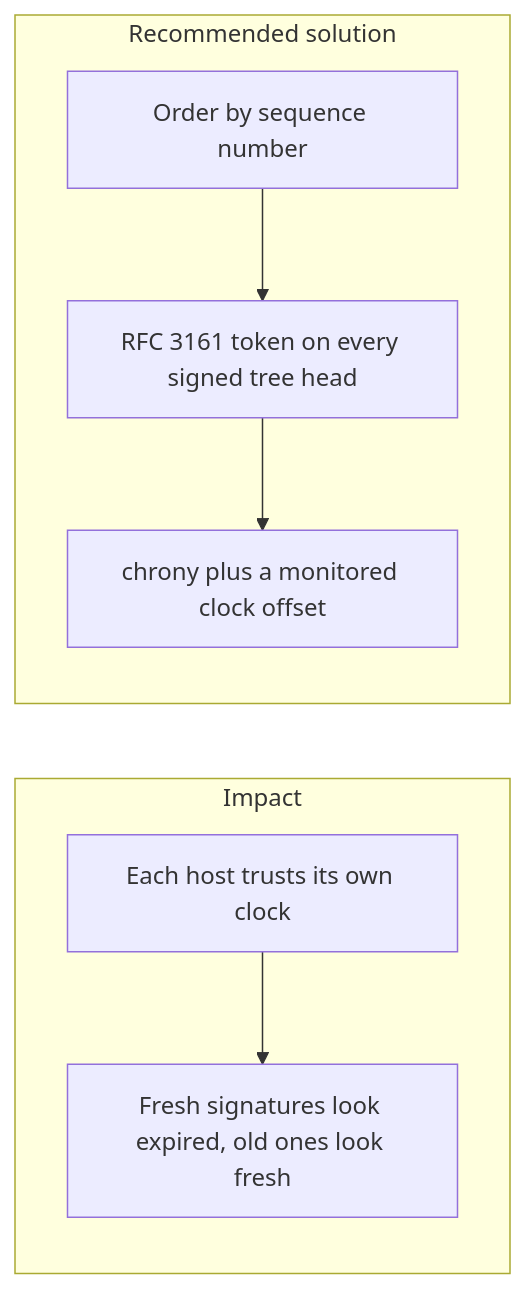
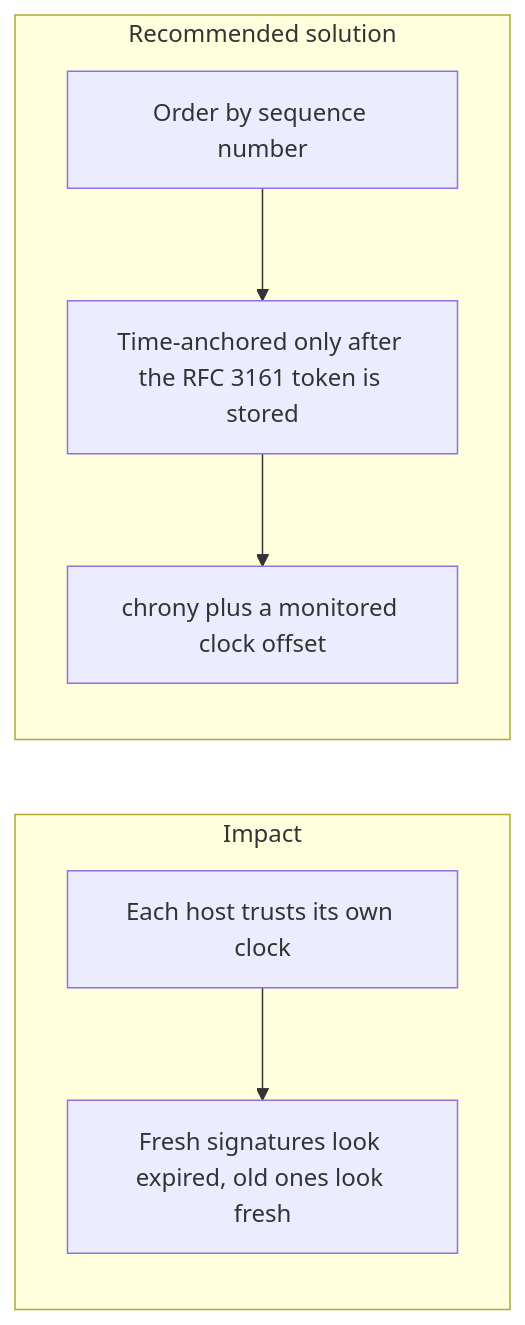
One commit to AymanNagyAhmed/backend-fintech-cryptographic-monolith changed the diagram in docs/Common_Challenges_In_Fintech_Cryptographic/009_trusted_time_and_clock_skew.md. Above: the diagram before and after it, drawn with Mermaid. The commit also changed other lines of this file and 11 other files, not shown here.

````diff
--- a/docs/Common_Challenges_In_Fintech_Cryptographic/009_trusted_time_and_clock_skew.md
+++ b/docs/Common_Challenges_In_Fintech_Cryptographic/009_trusted_time_and_clock_skew.md
@@ -3,10 +3,10 @@
 ```mermaid
 flowchart LR
   subgraph impactPath [Impact]
     localClock[Each host trusts its own clock] --> skew["Fresh signatures look expired, old ones look fresh"]
   end
   subgraph solutionPath [Recommended solution]
-    seq[Order by sequence number] --> tsa[RFC 3161 token on every signed tree head]
+    seq[Order by sequence number] --> tsa["Time-anchored only after the RFC 3161 token is stored"]
     tsa --> chrony[chrony plus a monitored clock offset]
   end
 ```
````
